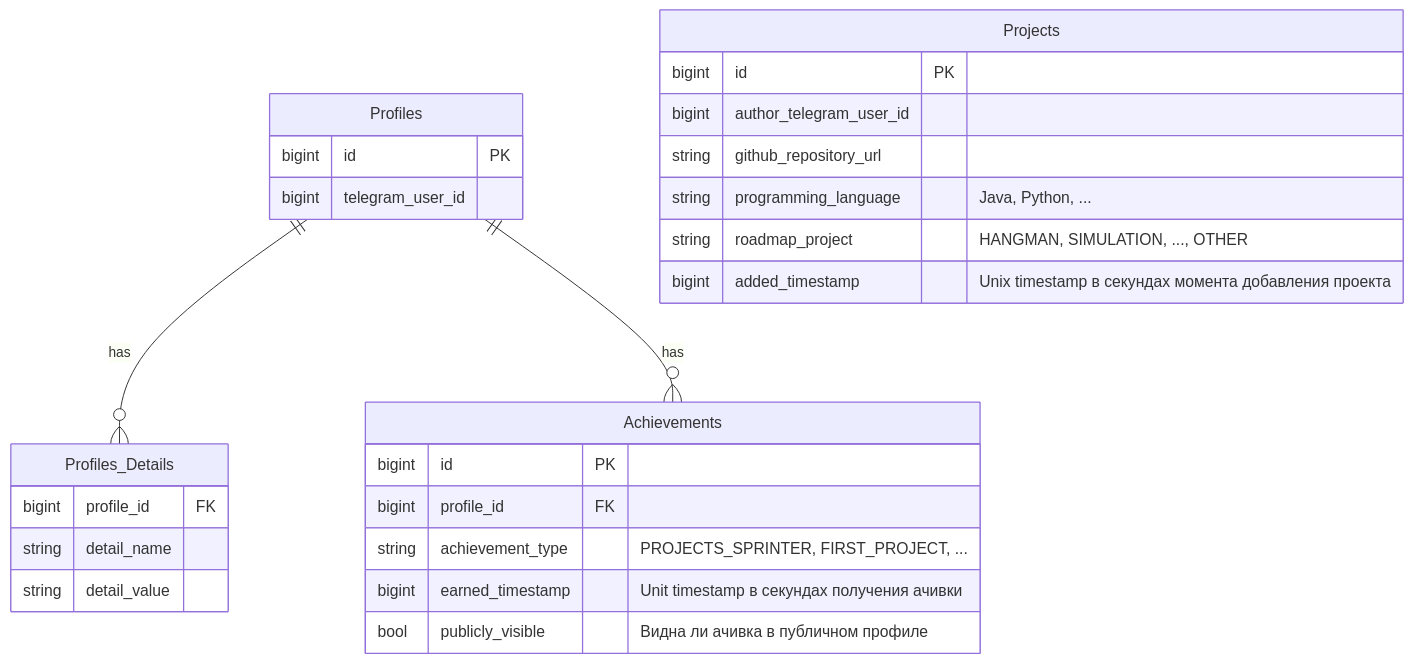
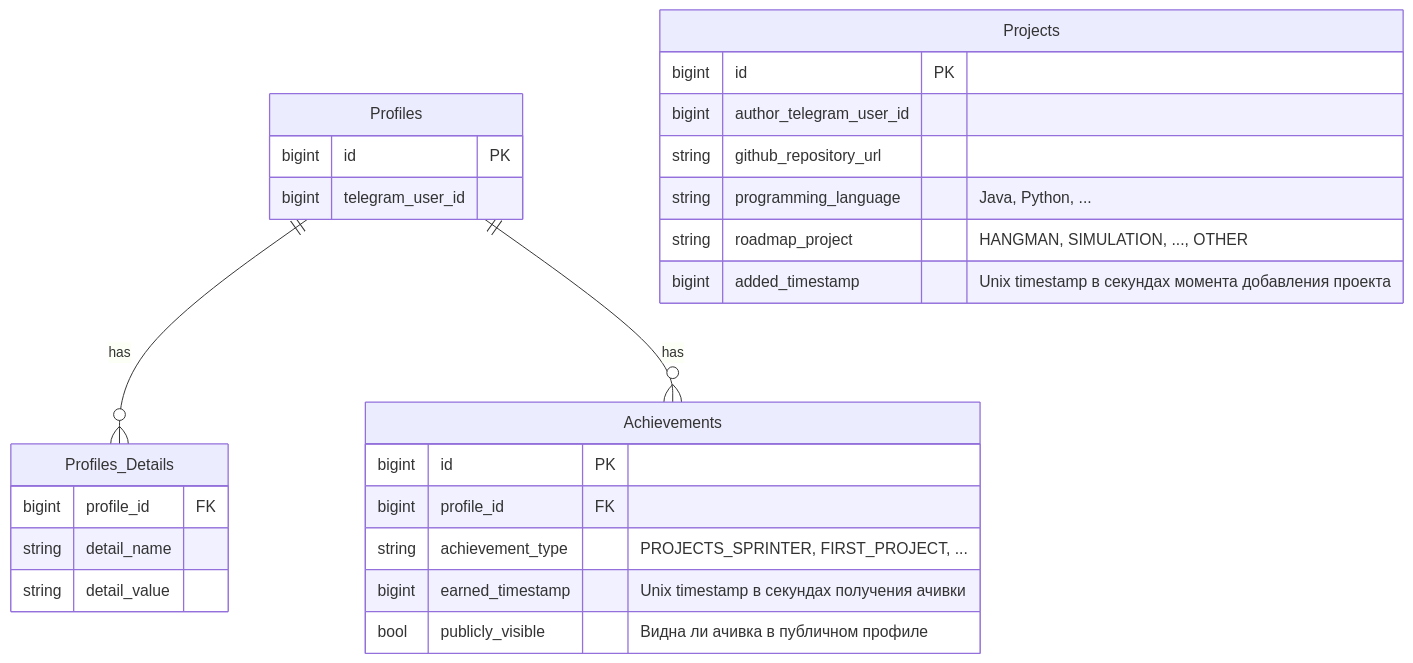
One commit to it-mentor-community-platform/meta changed the diagram in system-analytics/services/profile-service/index.md. Above: the diagram before and after it, drawn with Mermaid. The commit also changed other lines of this file, not shown here.

````diff
--- a/system-analytics/services/profile-service/index.md
+++ b/system-analytics/services/profile-service/index.md
@@ -18,34 +18,34 @@
 ```mermaid
 erDiagram
     Profiles {
         bigint id PK
         bigint telegram_user_id
     }
 
     Profiles_Details {
         bigint profile_id FK
         string detail_name
         string detail_value
     }
 
     Achievements {
         bigint id PK
         bigint profile_id FK
         string achievement_type "PROJECTS_SPRINTER, FIRST_PROJECT, ..."
-        bigint earned_timestamp "Unit timestamp в секундах получения ачивки"
+        bigint earned_timestamp "Unix timestamp в секундах получения ачивки"
         bool publicly_visible "Видна ли ачивка в публичном профиле"
     }
 
     Projects {
         bigint id PK
         bigint author_telegram_user_id
         string github_repository_url
         string programming_language "Java, Python, ..."
         string roadmap_project "HANGMAN, SIMULATION, ..., OTHER"
         bigint added_timestamp "Unix timestamp в секундах момента добавления проекта"
     }
 
     Profiles ||--o{ Profiles_Details : has
     Profiles ||--o{ Achievements : has
 
 ```
````
